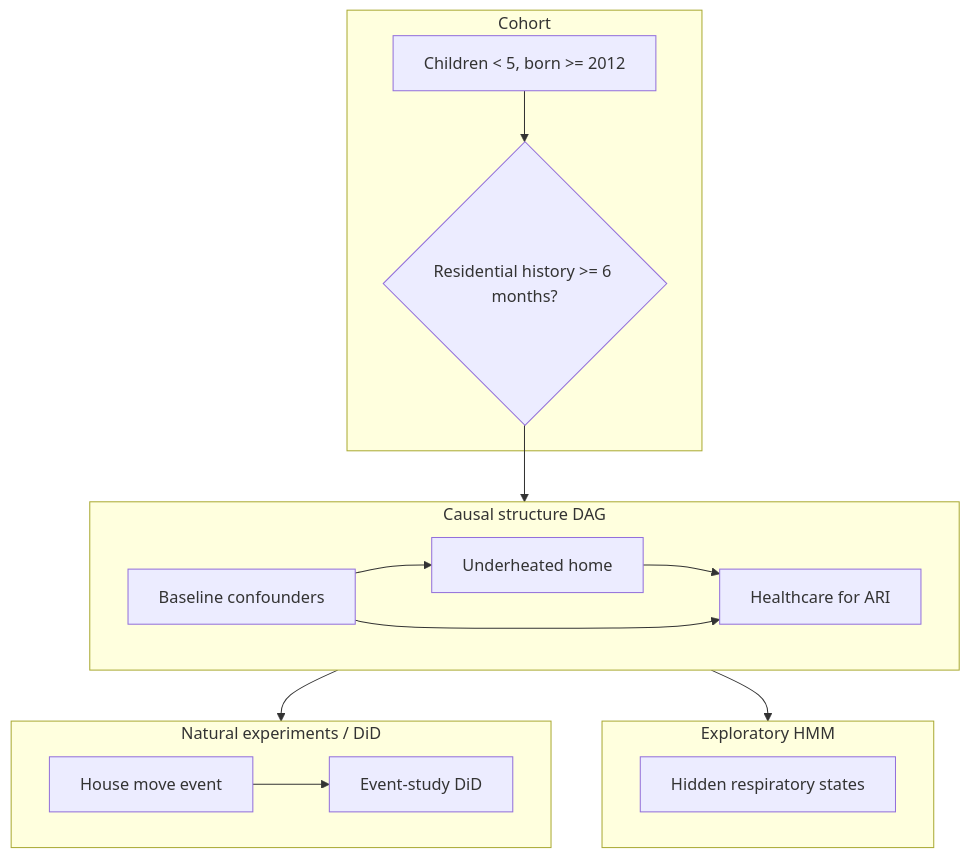
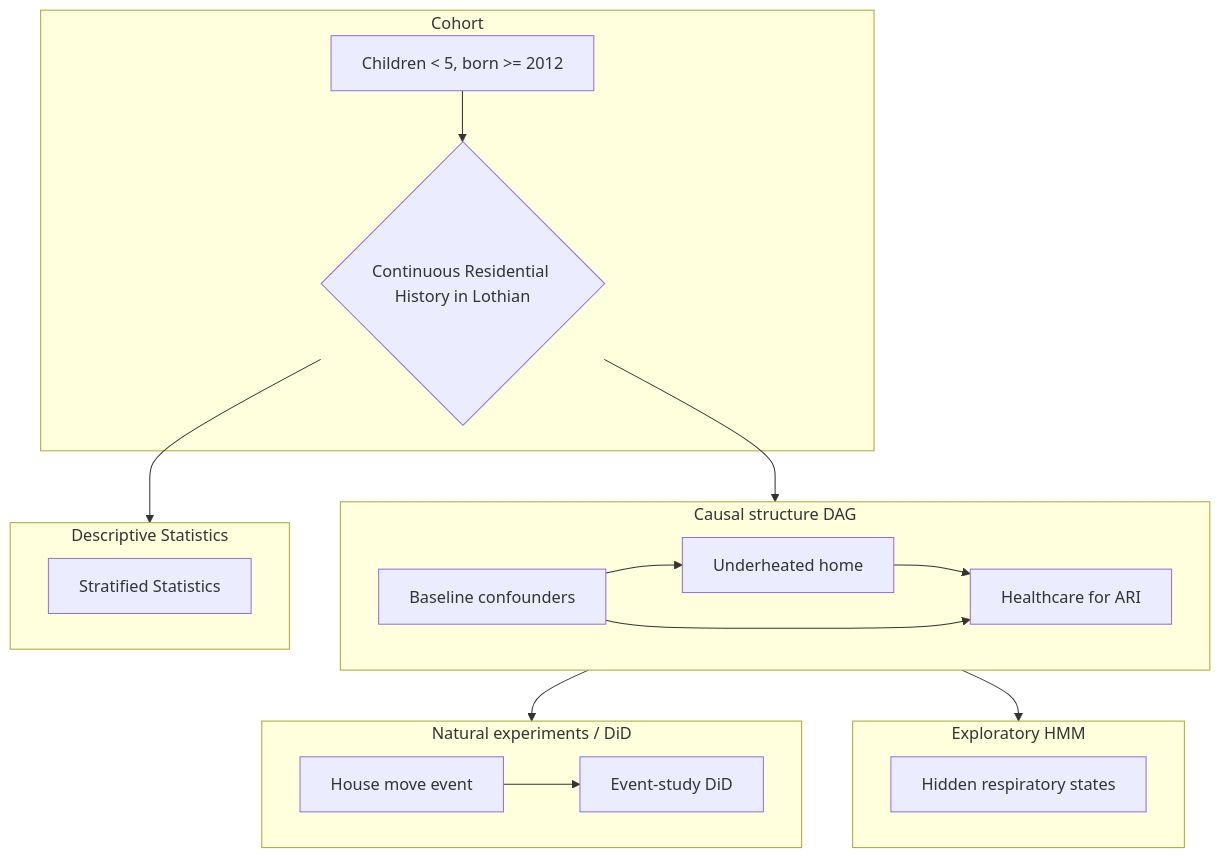
The diagram in analysis_plan.md (HomesHeatAndHealthyKids/DataLochAnalysis), drawn with Mermaid before and after one commit. The commit also changed 1 other file, not shown here.

Commit message:
Enhanced the readme.md file and restructured the analysis plan following the weekly team meeting (4th Feb 2025)

````diff
--- a/analysis_plan.md
+++ b/analysis_plan.md
@@ -3,41 +3,46 @@
 ```mermaid
 flowchart TD
   %% Establish cohort
   subgraph A [Cohort]
     A1[Children < 5, born >= 2012]
-    A2{Residential history >= 6 months?}
+    A2{Continuous Residential History in Lothian}
     A1 --> A2
   end
 
   %% Causal structure
   subgraph B [Causal structure DAG]
     X[Underheated home]
     Y[Healthcare for ARI]
     C[Baseline confounders]
     X --> Y
     C --> X
     C --> Y
   end
 
   %% Analysis branches
   subgraph Cx [Natural experiments / DiD]
     E0[House move event]
     E1[Event-study DiD]
     E0 --> E1
   end
 
   subgraph D [Exploratory HMM]
     H1[Hidden respiratory states]
   end
 
+  subgraph E [Descriptive Statistics]
+    H2[Stratified Statistics]
+  end
+
   %% Flow
   A2 --> B
   B --> Cx
   B --> D
+  A2 --> E
 
   classDef exp fill:#1b9e77,color:#fff,stroke:#1b9e77,stroke-width:1px;
   classDef conf fill:#377eb8,color:#fff,stroke:#377eb8,stroke-width:1px;
   classDef med fill:#ff7f00,color:#fff,stroke:#ff7f00,stroke-width:1px;
   classDef out fill:#e41a1c,color:#fff,stroke:#e41a1c,stroke-width:1px;
   classDef note fill:#f0f0f0,stroke:#999,stroke-width:1px,color:#333;
 ```
````
